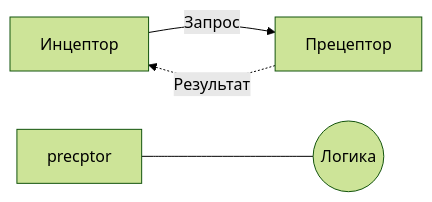
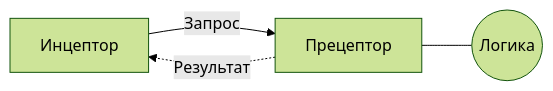
One commit to johnthesmith/scraps changed the diagram in ru/msa.md. Above: the diagram before and after it, drawn with Mermaid (forest theme).

Commit message:
Inceptor&Preceptor

````diff
--- a/ru/msa.md
+++ b/ru/msa.md
@@ -11,10 +11,10 @@
 ```mermaid
 graph LR;
     inceptor[Инцептор]
     preceptor[Прецептор]
     rig((Логика))
 
     inceptor --> |Запрос| preceptor;
     preceptor -.-> |Результат| inceptor;
-    precptor --- rig
+    preceptor --- rig
 ```
````
